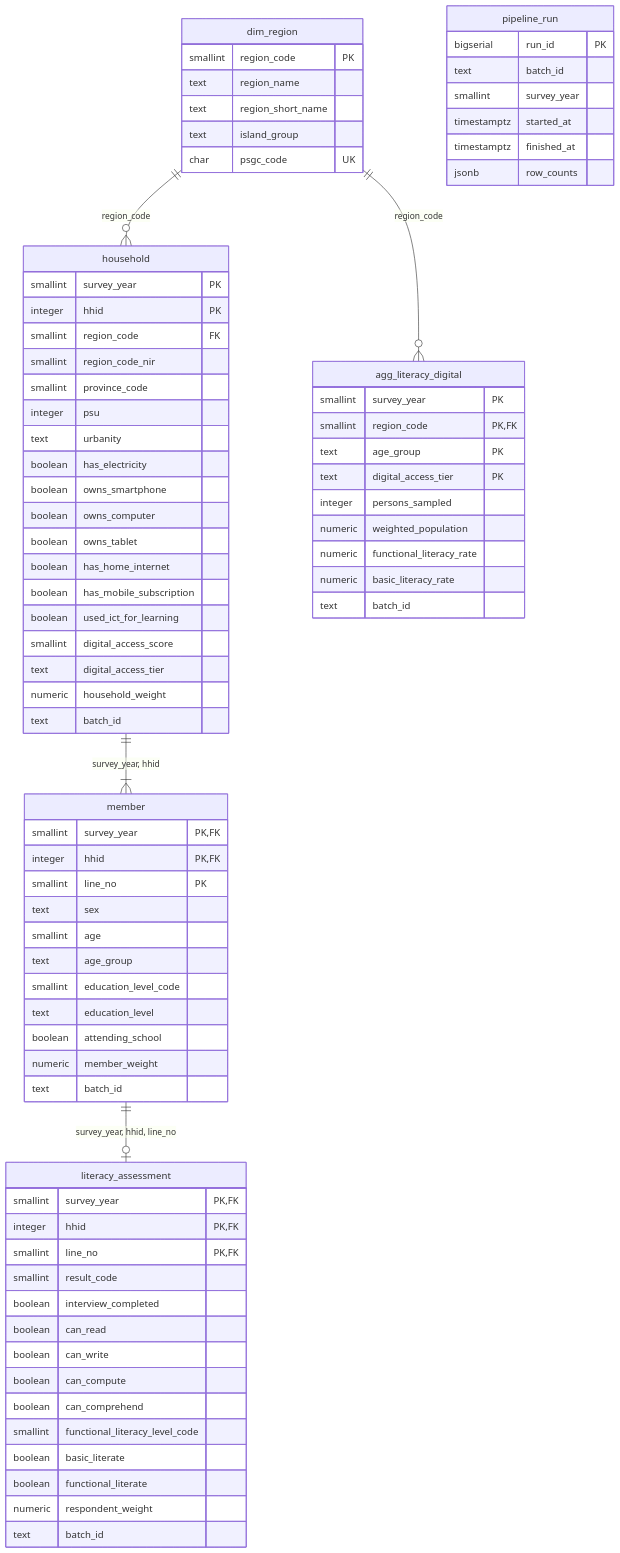
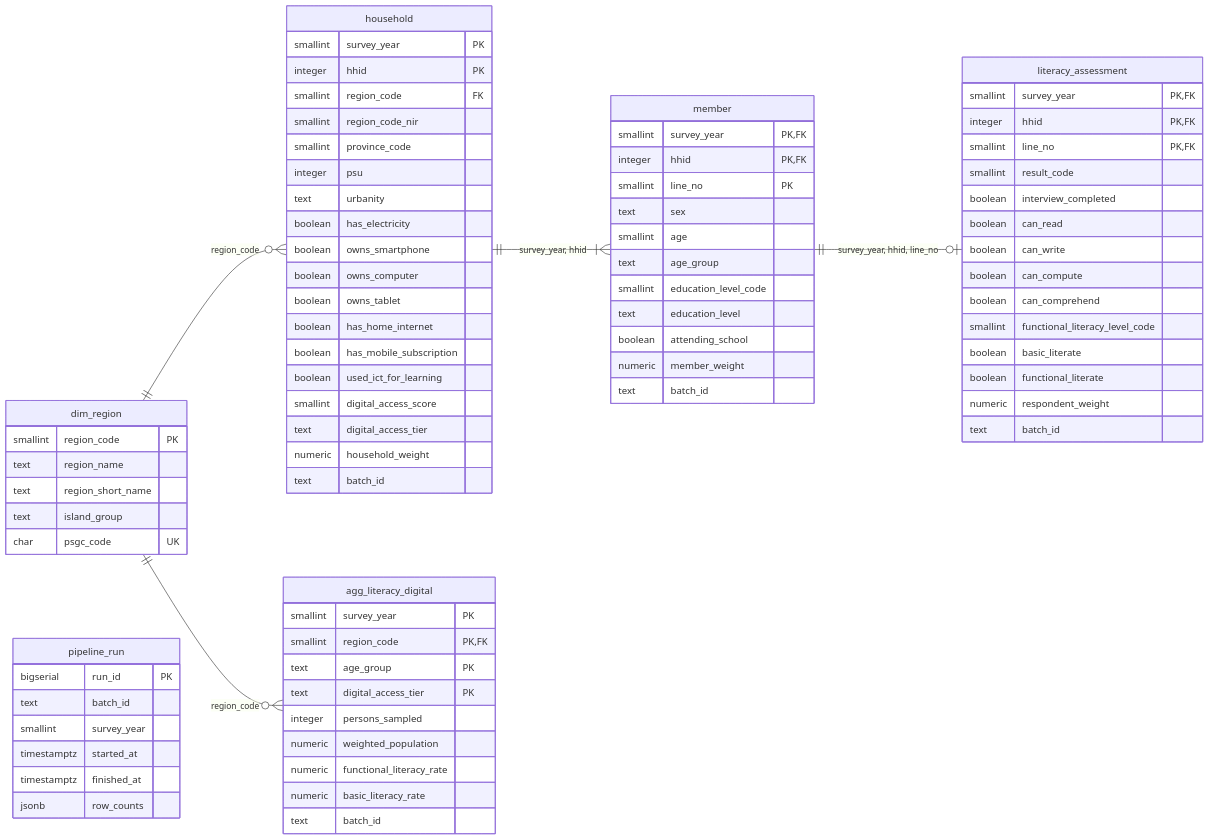
The diagram in docs/erd.md (memorandavid-dotcom/flemms_digital_divide_project), drawn with Mermaid before and after one commit. The commit also changed other lines of this file and 7 other files, not shown here.

First line of the commit message:
Add PNG versions of the diagrams for slides and the report

````diff
--- a/docs/erd.md
+++ b/docs/erd.md
@@ -5,5 +5,6 @@
 ```mermaid
 erDiagram
+    direction LR
     dim_region ||--o{ household : "region_code"
     dim_region ||--o{ agg_literacy_digital : "region_code"
     household ||--|{ member : "survey_year, hhid"
````
